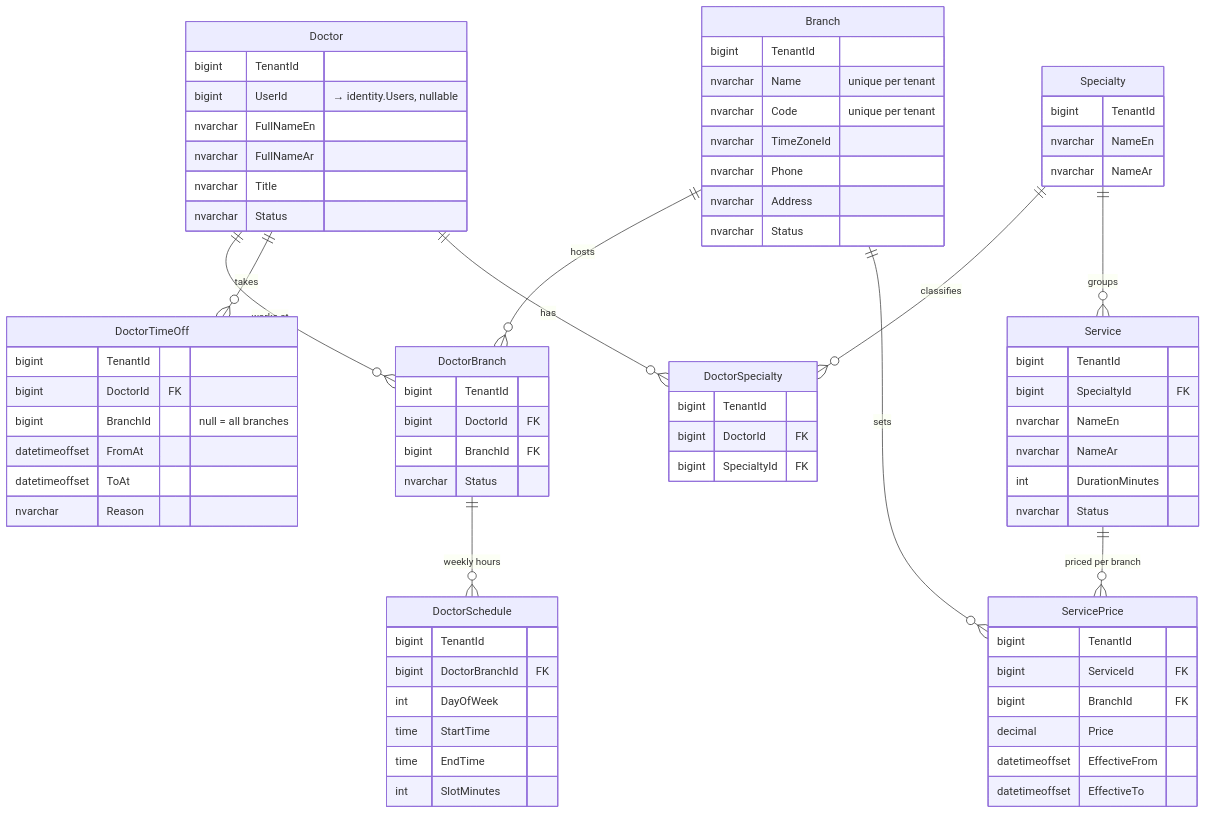
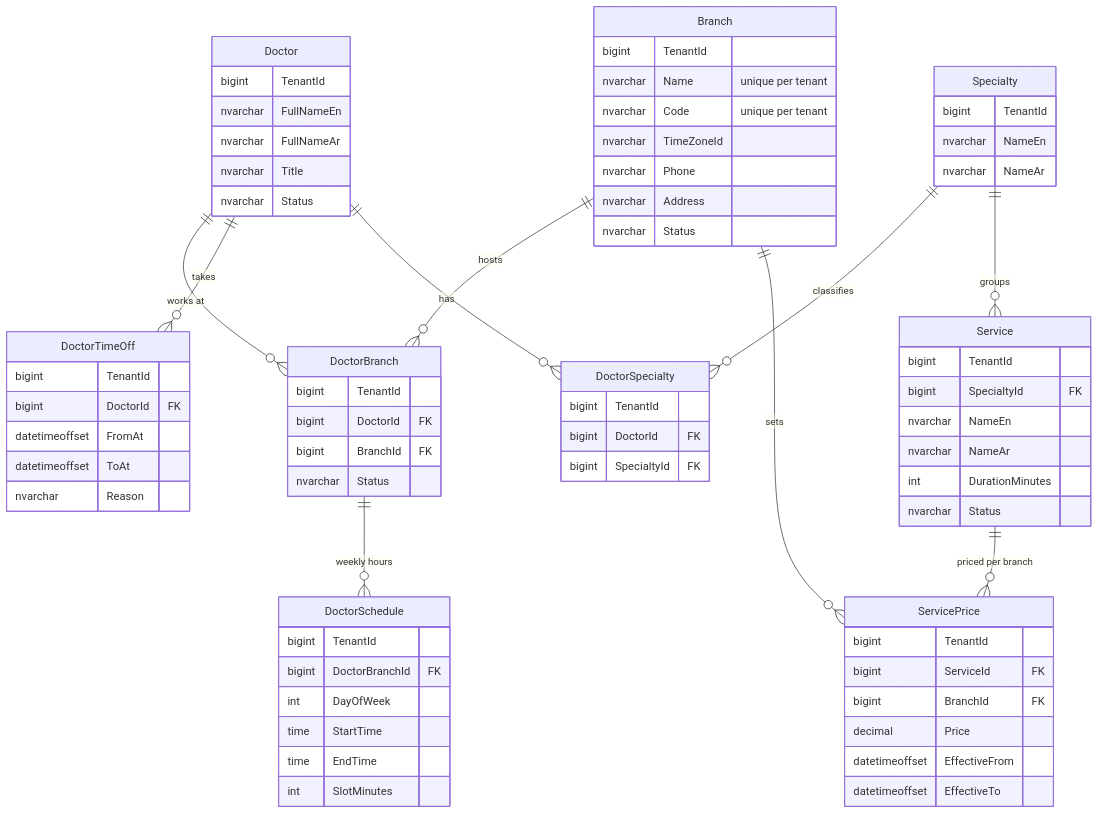
One commit to mohameabdelsalm/shifa-clinic changed the third of 8 diagrams in docs/architecture/database-design.md. Above: the diagram before and after it, drawn with Mermaid. The commit also changed other lines of this file and 24 other files, not shown here.

````diff
--- a/docs/architecture/database-design.md
+++ b/docs/architecture/database-design.md
@@ -132,77 +134,75 @@
 ```mermaid
 erDiagram
   Branch ||--o{ DoctorBranch : hosts
   Doctor ||--o{ DoctorBranch : "works at"
   DoctorBranch ||--o{ DoctorSchedule : "weekly hours"
   Doctor ||--o{ DoctorTimeOff : takes
   Doctor ||--o{ DoctorSpecialty : has
   Specialty ||--o{ DoctorSpecialty : classifies
   Specialty ||--o{ Service : groups
   Service ||--o{ ServicePrice : "priced per branch"
   Branch ||--o{ ServicePrice : sets
   Branch {
     bigint TenantId
     nvarchar Name "unique per tenant"
     nvarchar Code "unique per tenant"
     nvarchar TimeZoneId
     nvarchar Phone
     nvarchar Address
     nvarchar Status
   }
   Doctor {
     bigint TenantId
-    bigint UserId "→ identity.Users, nullable"
     nvarchar FullNameEn
     nvarchar FullNameAr
     nvarchar Title
     nvarchar Status
   }
   Specialty {
     bigint TenantId
     nvarchar NameEn
     nvarchar NameAr
   }
   DoctorSpecialty {
     bigint TenantId
     bigint DoctorId FK
     bigint SpecialtyId FK
   }
   DoctorBranch {
     bigint TenantId
     bigint DoctorId FK
     bigint BranchId FK
     nvarchar Status
   }
   DoctorSchedule {
     bigint TenantId
     bigint DoctorBranchId FK
     int DayOfWeek
     time StartTime
     time EndTime
     int SlotMinutes
   }
   DoctorTimeOff {
     bigint TenantId
     bigint DoctorId FK
-    bigint BranchId "null = all branches"
     datetimeoffset FromAt
     datetimeoffset ToAt
     nvarchar Reason
   }
   Service {
     bigint TenantId
     bigint SpecialtyId FK
     nvarchar NameEn
     nvarchar NameAr
     int DurationMinutes
     nvarchar Status
   }
   ServicePrice {
     bigint TenantId
     bigint ServiceId FK
     bigint BranchId FK
     decimal Price
     datetimeoffset EffectiveFrom
     datetimeoffset EffectiveTo
   }
 ```
````
